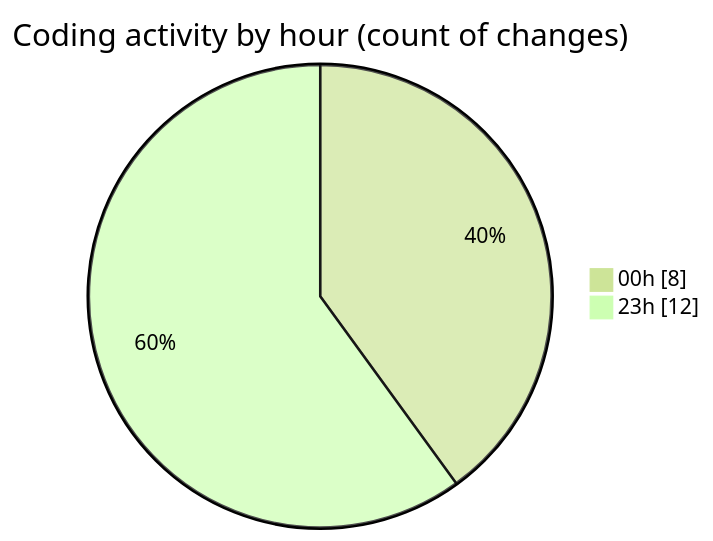
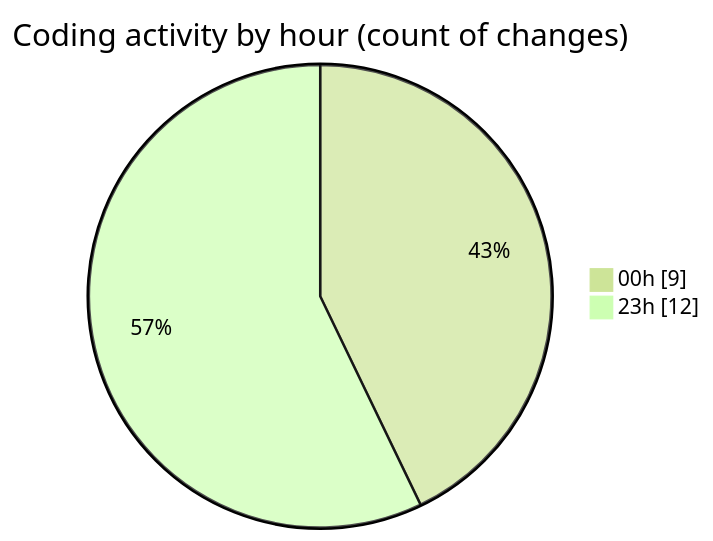
Before and after one commit to julien-gomy/code-tracking: the second of 2 diagrams in 2025-10-31/eventscop-frontend-guide__workspace_/README.md, drawn with Mermaid (forest theme). The commit also changed other lines of this file and 1 other file, not shown here.

````diff
--- a/2025-10-31/eventscop-frontend-guide__workspace_/README.md
+++ b/2025-10-31/eventscop-frontend-guide__workspace_/README.md
@@ -33,6 +35,6 @@
 ```mermaid
 pie showData
 title Coding activity by hour (count of changes)
-"00h" : 8
+"00h" : 9
 "23h" : 12
 ```
````
